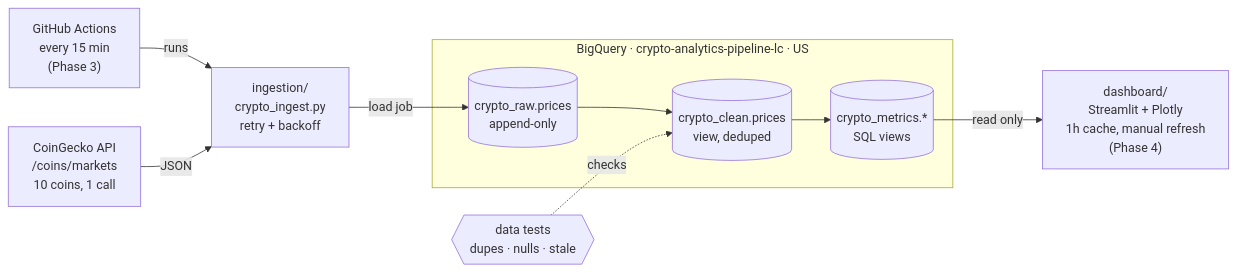
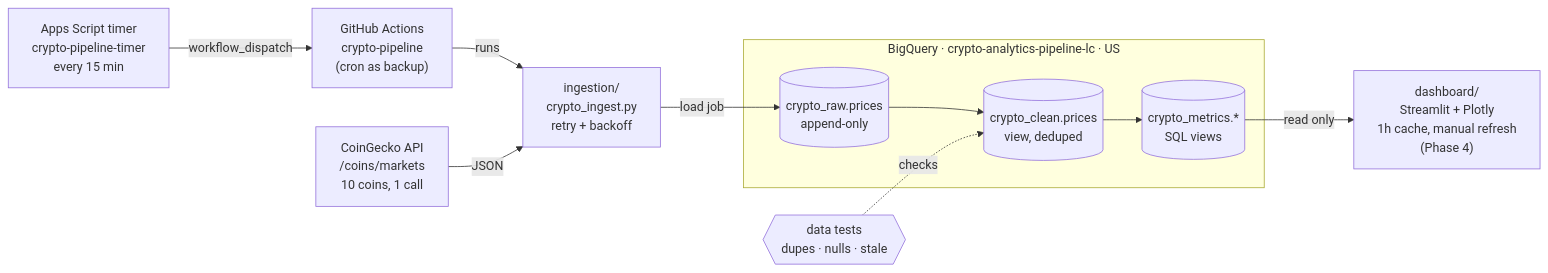
Before and after one commit to imtheeon/crypto-analytics-pipeline: the diagram in docs/architecture.md, drawn with Mermaid. The commit also changed 3 other files, not shown here.

First line of the commit message:
Add the Apps Script timer that starts the pipeline every 15 minutes

````diff
--- a/docs/architecture.md
+++ b/docs/architecture.md
@@ -3,20 +3,22 @@
 ```mermaid
 flowchart LR
     CG["CoinGecko API<br/>/coins/markets<br/>10 coins, 1 call"]
-    GA["GitHub Actions<br/>every 15 min<br/>(Phase 3)"]
+    AS["Apps Script timer<br/>crypto-pipeline-timer<br/>every 15 min"]
+    GA["GitHub Actions<br/>crypto-pipeline<br/>(cron as backup)"]
     PY["ingestion/<br/>crypto_ingest.py<br/>retry + backoff"]
     subgraph BQ["BigQuery · crypto-analytics-pipeline-lc · US"]
         RAW[("crypto_raw.prices<br/>append-only")]
         CLEAN[("crypto_clean.prices<br/>view, deduped")]
         MET[("crypto_metrics.*<br/>SQL views")]
     end
     T{{"data tests<br/>dupes · nulls · stale"}}
     DASH["dashboard/<br/>Streamlit + Plotly<br/>1h cache, manual refresh<br/>(Phase 4)"]
 
+    AS -->|workflow_dispatch| GA
     GA -->|runs| PY
     CG -->|JSON| PY
     PY -->|load job| RAW
     RAW --> CLEAN --> MET
     T -. checks .-> CLEAN
     MET -->|read only| DASH
 ```
````
